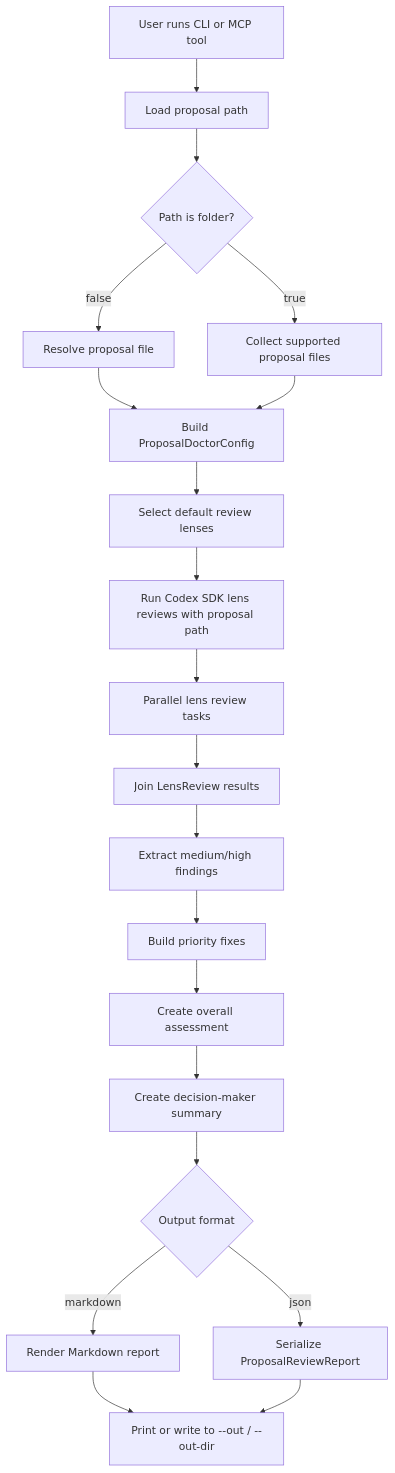
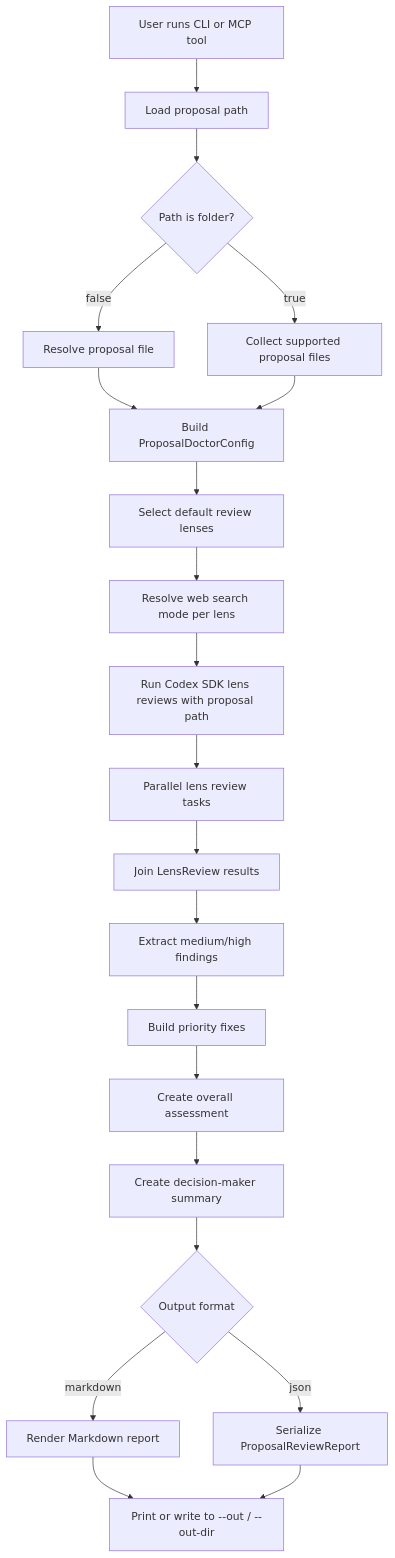
The first of 2 diagrams in docs/SPEC.md (koizumikento/proposal-doctor), drawn with Mermaid before and after one commit. The commit also changed other lines of this file and 8 other files, not shown here.

Commit message:
Add web search policy configuration to proposal reviews and update documentation. Introduce lens-specific web search settings and external sources reporting in review outputs.

````diff
--- a/docs/SPEC.md
+++ b/docs/SPEC.md
@@ -109,25 +136,26 @@
 ```mermaid
 flowchart TD
     A["User runs CLI or MCP tool"] --> B["Load proposal path"]
     B --> B2{"Path is folder?"}
     B2 -- "false" --> B3["Resolve proposal file"]
     B2 -- "true" --> B4["Collect supported proposal files"]
     B3 --> C["Build ProposalDoctorConfig"]
     B4 --> C
     C --> D["Select default review lenses"]
-    D --> G["Run Codex SDK lens reviews with proposal path"]
+    D --> F["Resolve web search mode per lens"]
+    F --> G["Run Codex SDK lens reviews with proposal path"]
     G --> H["Parallel lens review tasks"]
 
     H --> I["Join LensReview results"]
     I --> J["Extract medium/high findings"]
     J --> K["Build priority fixes"]
     K --> L["Create overall assessment"]
     L --> M["Create decision-maker summary"]
     M --> N{"Output format"}
 
     N -- "markdown" --> O["Render Markdown report"]
     N -- "json" --> P["Serialize ProposalReviewReport"]
 
     O --> Q["Print or write to --out / --out-dir"]
     P --> Q
 ```
````
